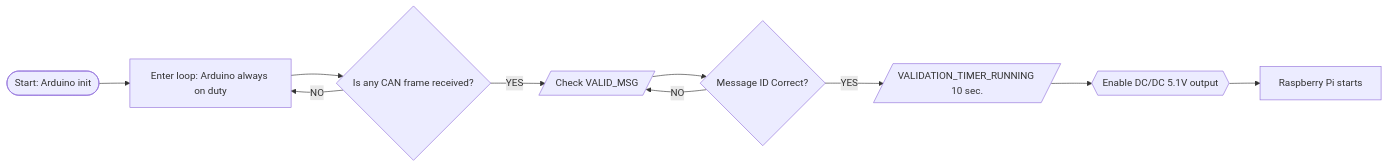
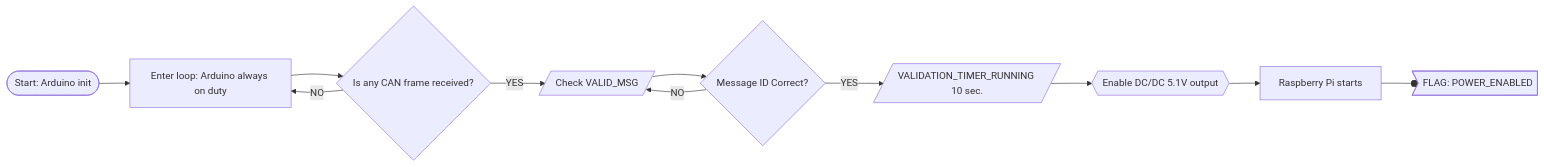
Before and after one commit to martis2580/Outdated-Volvo-Nav-Retrofit: the third of 4 diagrams in README.md, drawn with Mermaid. The commit also changed other lines of this file, not shown here.

First line of the commit message:
Enhance README with power management details

````diff
--- a/README.md
+++ b/README.md
@@ -95,12 +92,13 @@
 ```mermaid
 flowchart LR
     A([Start: Arduino init]) --> B[Enter loop: Arduino always on duty]
     B --> C{Is any CAN frame received?}
     C -->|YES| D[/Check VALID_MSG/]
     C -->|NO| B
     D --> F{Message ID Correct?}
     F -->|NO| D
     F -->|YES| G[/VALIDATION_TIMER_RUNNING 10 sec. /]
     G -->H@{ shape: hex, label: "Enable DC/DC 5.1V output" }
     H -->J[Raspberry Pi starts]
+    J --oK@{ shape: odd, label: "FLAG: POWER_ENABLED" }
 ```
````
